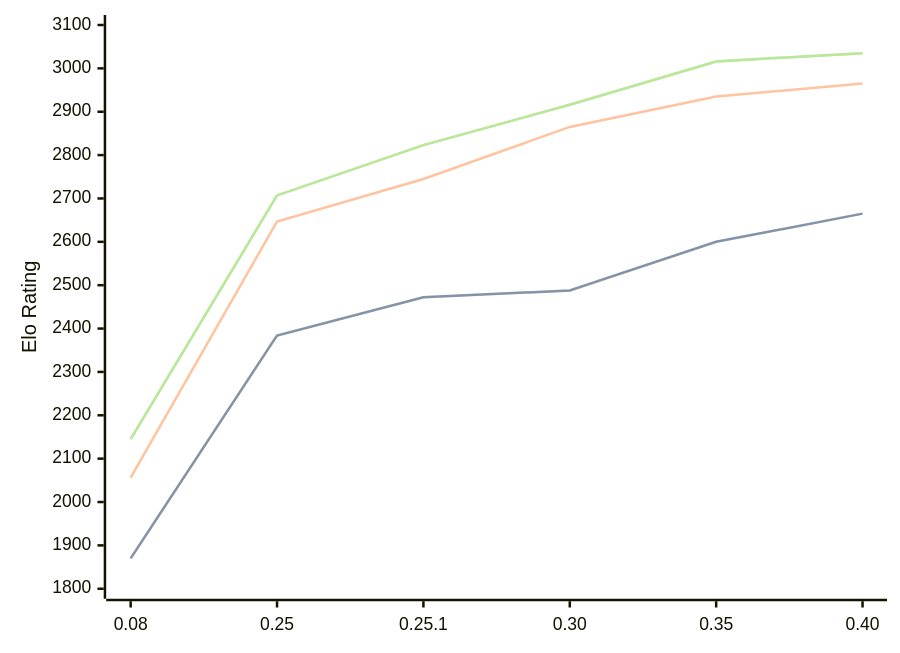
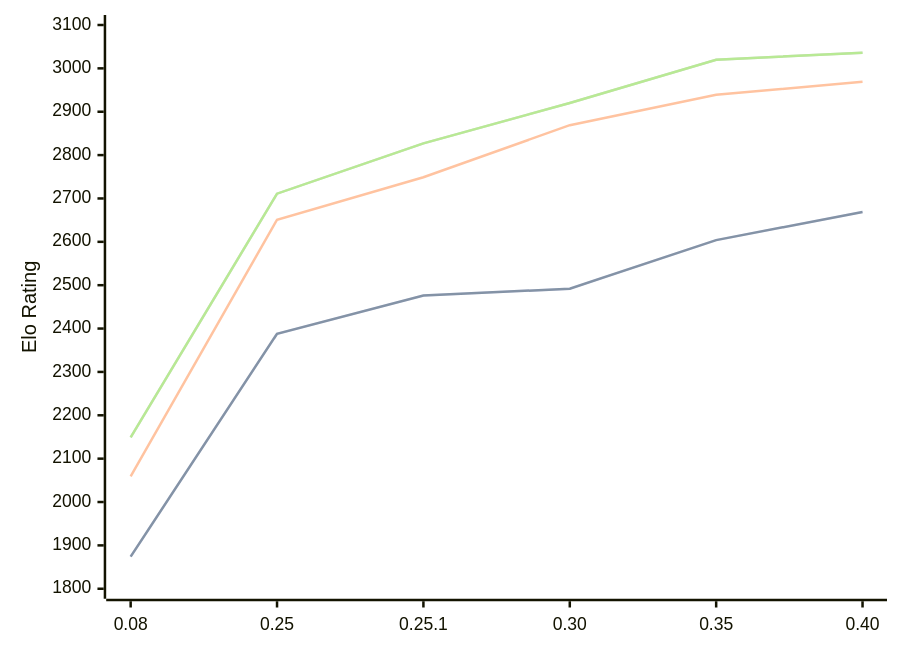
The diagram in engines/Gecko.md (computer-chess-index/cci), drawn with Mermaid before and after one commit. The commit also changed other lines of this file, not shown here.

Commit message:
Update CCI Ratings (ELO VLTC) - 2026-08-18

````diff
--- a/engines/Gecko.md
+++ b/engines/Gecko.md
@@ -36,11 +36,11 @@
 ```mermaid
 %%{init: {"theme":"base","themeVariables":{"seriesColors:['#a3a3a3','#222221','#faa371']}}}%%
 xychart-beta
   x-axis ["0.08", "0.25", "0.25.1", "0.30", "0.35", "0.40"]
   y-axis "Elo Rating" 1800 --> 3100
-  line "STC (8.0+0.08s)" [1870, 2384, 2472, 2488, 2600, 2665]
-  line "STC (8.0+0.08s)" [1870, 2384, 2472, 2488, 2600, 2665]
-  line "LTC (60.0+0.60s)" [2056, 2647, 2745, 2865, 2935, 2965]
-  line "VLTC (2m24s+1.12s)" [2145, 2707, 2823, 2916, 3016, 3035]
-  line "VLTC (2m24s+1.12s)" [2145, 2707, 2823, 2916, 3016, 3035]
+  line "STC (8.0+0.08s)" [1874, 2388, 2476, 2492, 2604, 2669]
+  line "STC (8.0+0.08s)" [1874, 2388, 2476, 2492, 2604, 2669]
+  line "LTC (60.0+0.60s)" [2059, 2651, 2749, 2869, 2939, 2969]
+  line "VLTC (2m24s+1.12s)" [2149, 2711, 2827, 2920, 3020, 3036]
+  line "VLTC (2m24s+1.12s)" [2149, 2711, 2827, 2920, 3020, 3036]
 ```
````
